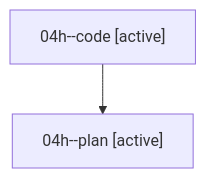
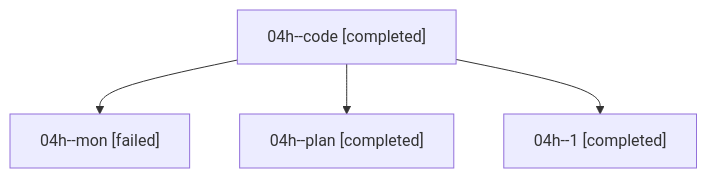
The diagram in families/bbugyi200.athena.04h.md (sase-org/sase--agents), drawn with Mermaid before and after one commit. The commit also changed other lines of this file and 287 other files, not shown here.

````diff
--- a/families/bbugyi200.athena.04h.md
+++ b/families/bbugyi200.athena.04h.md
@@ -9,6 +9,10 @@
 ```mermaid
 flowchart TD
-  n0["04h--code [active]"]
-  n1["04h--plan [active]"]
+  n0["04h--code [completed]"]
+  n1["04h--mon [failed]"]
   n0 --> n1
+  n2["04h--plan [completed]"]
+  n0 --> n2
+  n3["04h--1 [completed]"]
+  n0 --> n3
 ```
````
